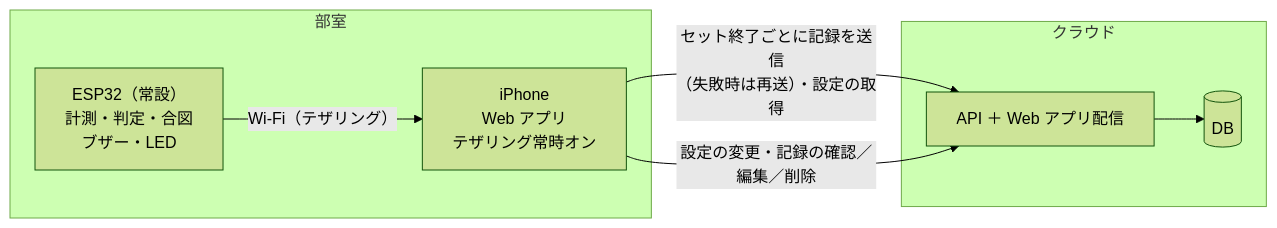
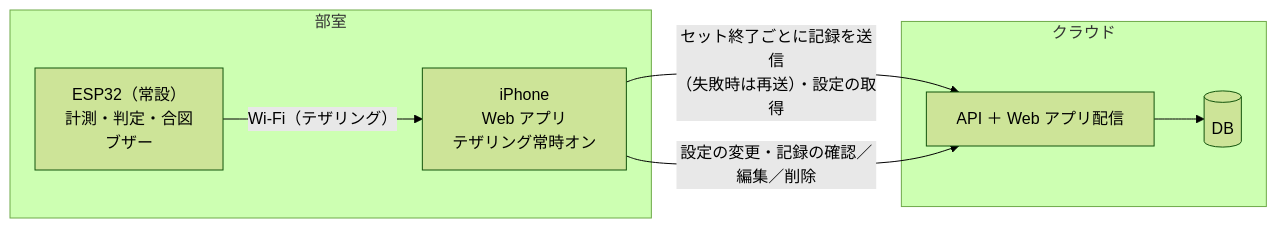
One commit to hayate5967/press-call changed the diagram in docs/requirements.md. Above: the diagram before and after it, drawn with Mermaid (forest theme). The commit also changed other lines of this file and 6 other files, not shown here.

````diff
--- a/docs/requirements.md
+++ b/docs/requirements.md
@@ -39,15 +39,15 @@
 ```mermaid
 flowchart LR
   subgraph club["部室"]
-    E["ESP32（常設）<br/>計測・判定・合図<br/>ブザー・LED"]
+    E["ESP32（常設）<br/>計測・判定・合図<br/>ブザー"]
     P["iPhone<br/>Web アプリ<br/>テザリング常時オン"]
     E -- "Wi-Fi（テザリング）" --> P
   end
   subgraph cloud["クラウド"]
     A["API ＋ Web アプリ配信"]
     D[("DB")]
     A --> D
   end
   P -- "セット終了ごとに記録を送信<br/>（失敗時は再送）・設定の取得" --> A
   P -- "設定の変更・記録の確認／編集／削除" --> A
 ```
````
